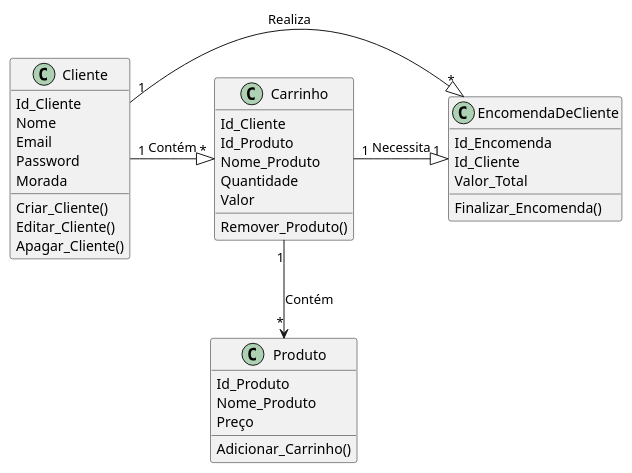
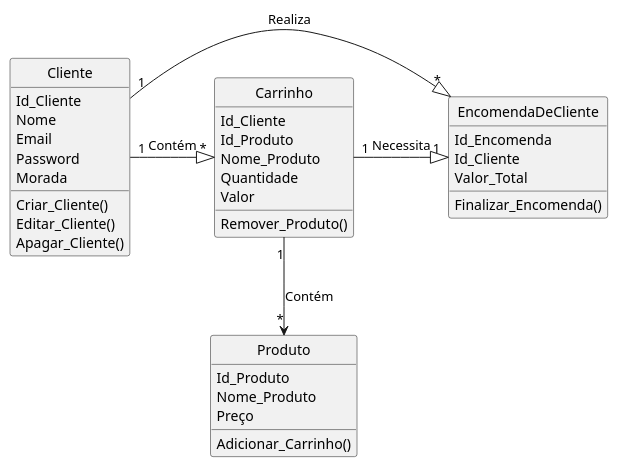
Before and after one commit to Fernandowgp/fsoft2024_1DC_3: the diagram in Modelo de Dominio/modelo_dominio.puml, drawn with PlantUML. The commit also changed 1 other file, not shown here.

```diff
--- a/Modelo de Dominio/modelo_dominio.puml
+++ b/Modelo de Dominio/modelo_dominio.puml
@@ -1,44 +1,45 @@
 @startuml
 'https://plantuml.com/sequence-diagram
+hide circles
 
 class Cliente{
 Id_Cliente
 Nome
 Email
 Password
 Morada
 
 Criar_Cliente()
 Editar_Cliente()
 Apagar_Cliente()
 }
 class Carrinho{
 Id_Cliente
 Id_Produto
 Nome_Produto
 Quantidade
 Valor
 
 Remover_Produto()
 }
 class EncomendaDeCliente{
 Id_Encomenda
 Id_Cliente
 Valor_Total
 
 Finalizar_Encomenda()
 }
 class Produto{
 Id_Produto
 Nome_Produto
 Preço
 
 Adicionar_Carrinho()
 }
 
 
 Cliente "1"-|> "*"Carrinho : Contém
 Cliente "1"-|> "*" EncomendaDeCliente : Realiza
 Carrinho "1"-|> "1" EncomendaDeCliente : Necessita
 Carrinho "1"--> "*" Produto : Contém
 @enduml
```
